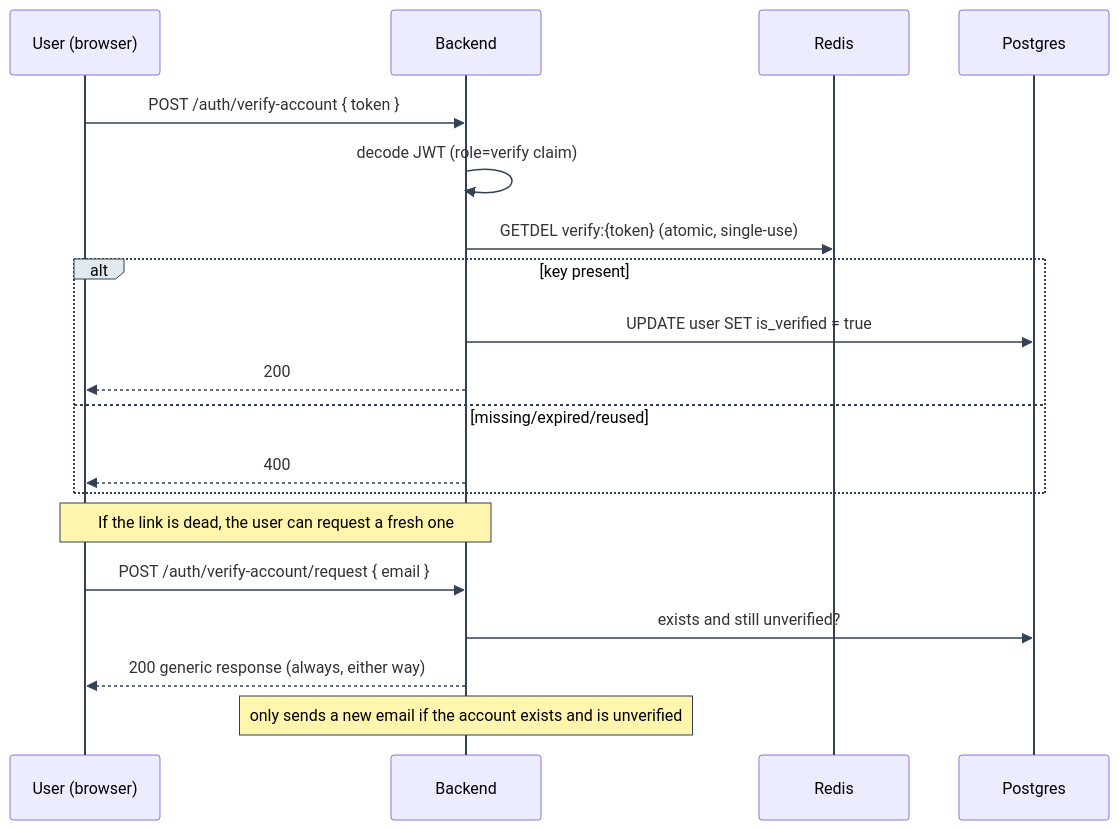
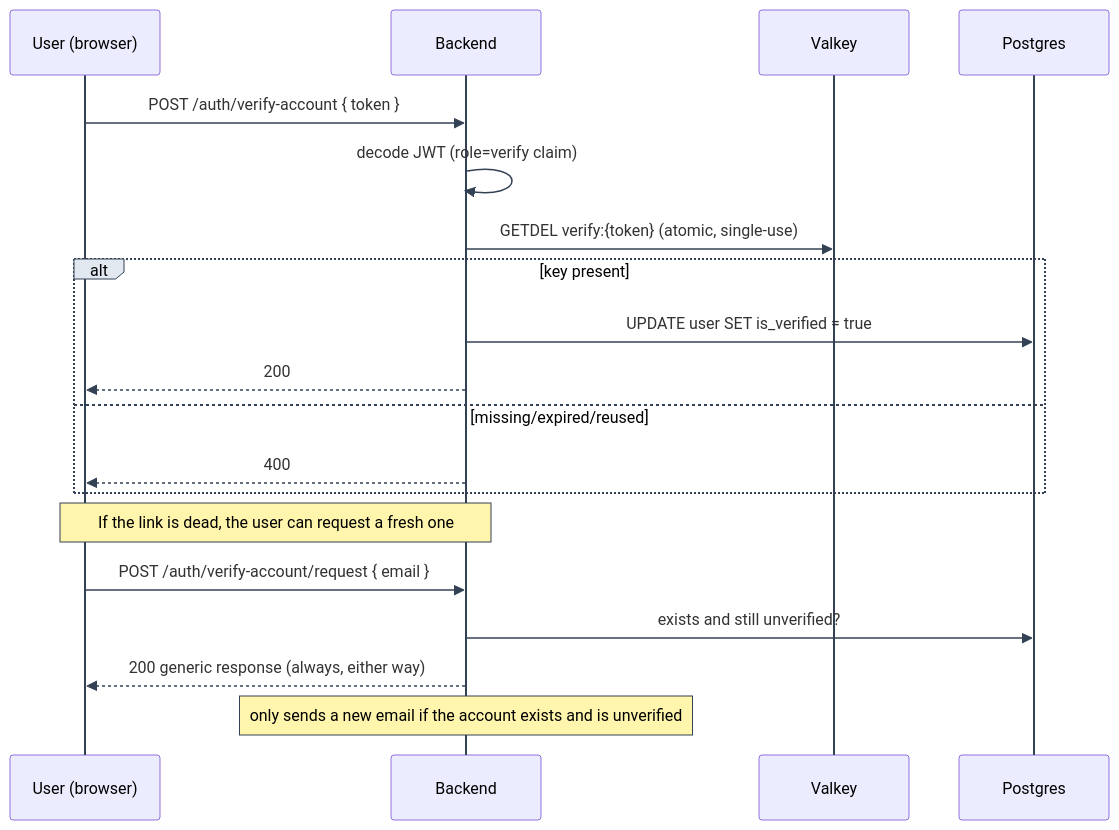
Before and after one commit to Nachiket-2024/mystic-auth: the second of 2 diagrams in docs/mystic_auth/authentication/signup-and-verification.md, drawn with Mermaid. The commit also changed other lines of this file and 905 other files, not shown here.

First line of the commit message:
Replaced Chakra UI with shadcn/Radix, migrated Redis to Valkey, revamped UI/UX

````diff
--- a/docs/mystic_auth/authentication/signup-and-verification.md
+++ b/docs/mystic_auth/authentication/signup-and-verification.md
@@ -65,22 +65,22 @@
 ```mermaid
 %%{init: {"themeVariables": {"lineColor": "#334155", "signalColor": "#334155", "actorLineColor": "#334155", "activationBorderColor": "#334155", "labelBoxBorderColor": "#334155", "labelBoxBkgColor": "#e2e8f0", "noteBorderColor": "#334155"}, "themeCSS": ".messageLine0, .messageLine1 { stroke-width: 2px !important; }"} }%%
 sequenceDiagram
     participant U as User (browser)
     participant API as Backend
-    participant R as Redis
+    participant R as Valkey
     participant DB as Postgres
     U->>API: POST /auth/verify-account { token }
     API->>API: decode JWT (role=verify claim)
     API->>R: GETDEL verify:{token} (atomic, single-use)
     alt key present
         API->>DB: UPDATE user SET is_verified = true
         API-->>U: 200
     else missing/expired/reused
         API-->>U: 400
     end
     Note over U,API: If the link is dead, the user can request a fresh one
     U->>API: POST /auth/verify-account/request { email }
     API->>DB: exists and still unverified?
     API-->>U: 200 generic response (always, either way)
     Note over API: only sends a new email if the account exists and is unverified
 ```
````
